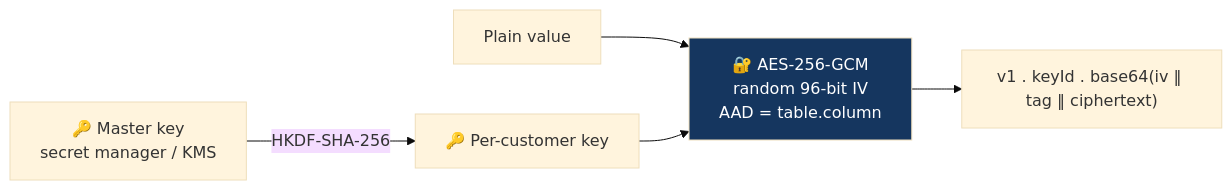
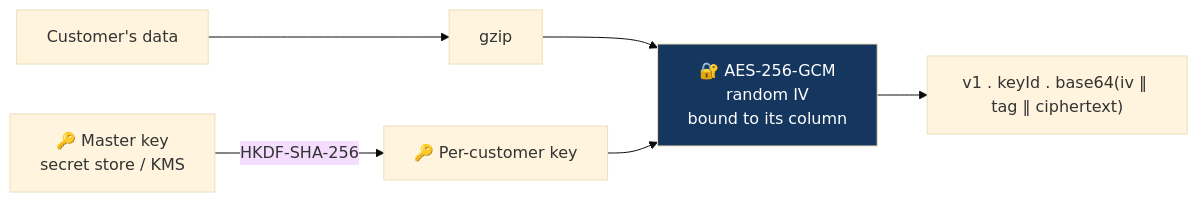
One commit to edarko265/FinSight-AI changed the diagram in docs/security.md. Above: the diagram before and after it, drawn with Mermaid (base theme). The commit also changed other lines of this file and 12 other files, not shown here.

````diff
--- a/docs/security.md
+++ b/docs/security.md
@@ -30,9 +30,9 @@
 ```mermaid
 flowchart LR
-    MK["🔑 Master key<br/>secret manager / KMS"] -->|HKDF-SHA-256| CK["🔑 Per-customer key"]
-    V["Plain value"] --> ENC["🔐 AES-256-GCM<br/>random 96-bit IV<br/>AAD = table.column"]
+    MK["🔑 Master key<br/>secret store / KMS"] -->|HKDF-SHA-256| CK["🔑 Per-customer key"]
+    V["Customer's data"] --> Z["gzip"] --> ENC["🔐 AES-256-GCM<br/>random IV<br/>bound to its column"]
     CK --> ENC
     ENC --> OUT["v1 . keyId . base64(iv ‖ tag ‖ ciphertext)"]
 
     style ENC fill:#15365F,color:#fff
 ```
````
